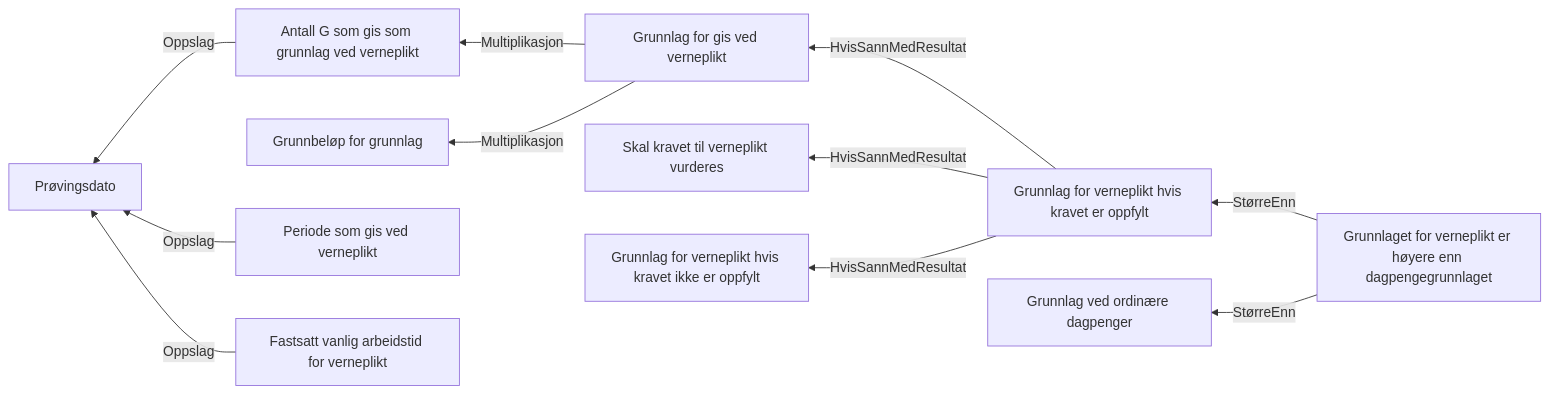
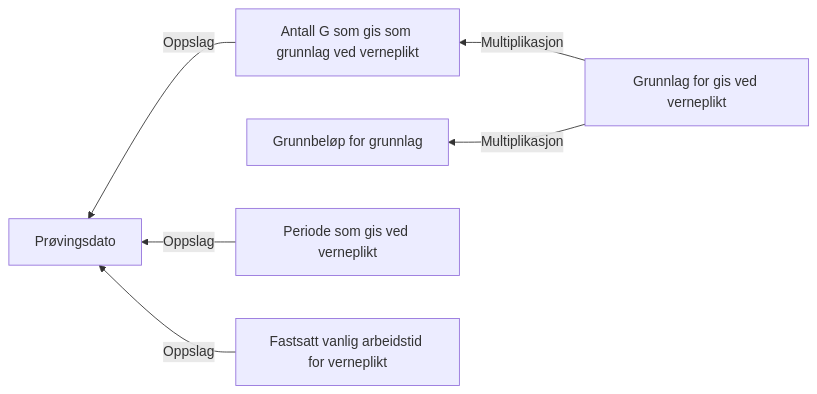
One commit to navikt/dp-behandling changed the diagram in docs/regler/§ 4-19 Verneplikt (fastsetting).approved.md. Above: the diagram before and after it, drawn with Mermaid. The commit also changed 17 other files, not shown here.

````diff
--- a/docs/regler/§ 4-19 Verneplikt (fastsetting).approved.md
+++ b/docs/regler/§ 4-19 Verneplikt (fastsetting).approved.md
@@ -5,13 +5,8 @@
 ```mermaid
 graph RL
   A["Antall G som gis som grunnlag ved verneplikt"] -->|"Oppslag"| B["Prøvingsdato"]
   C["Grunnlag for gis ved verneplikt"] -->|"Multiplikasjon"| D["Grunnbeløp for grunnlag"]
   C["Grunnlag for gis ved verneplikt"] -->|"Multiplikasjon"| A["Antall G som gis som grunnlag ved verneplikt"]
   E["Periode som gis ved verneplikt"] -->|"Oppslag"| B["Prøvingsdato"]
   F["Fastsatt vanlig arbeidstid for verneplikt"] -->|"Oppslag"| B["Prøvingsdato"]
-  G["Grunnlag for verneplikt hvis kravet er oppfylt"] -->|"HvisSannMedResultat"| H["Skal kravet til verneplikt vurderes"]
-  G["Grunnlag for verneplikt hvis kravet er oppfylt"] -->|"HvisSannMedResultat"| C["Grunnlag for gis ved verneplikt"]
-  G["Grunnlag for verneplikt hvis kravet er oppfylt"] -->|"HvisSannMedResultat"| I["Grunnlag for verneplikt hvis kravet ikke er oppfylt"]
-  J["Grunnlaget for verneplikt er høyere enn dagpengegrunnlaget"] -->|"StørreEnn"| G["Grunnlag for verneplikt hvis kravet er oppfylt"]
-  J["Grunnlaget for verneplikt er høyere enn dagpengegrunnlaget"] -->|"StørreEnn"| K["Grunnlag ved ordinære dagpenger"]
 ```
````
